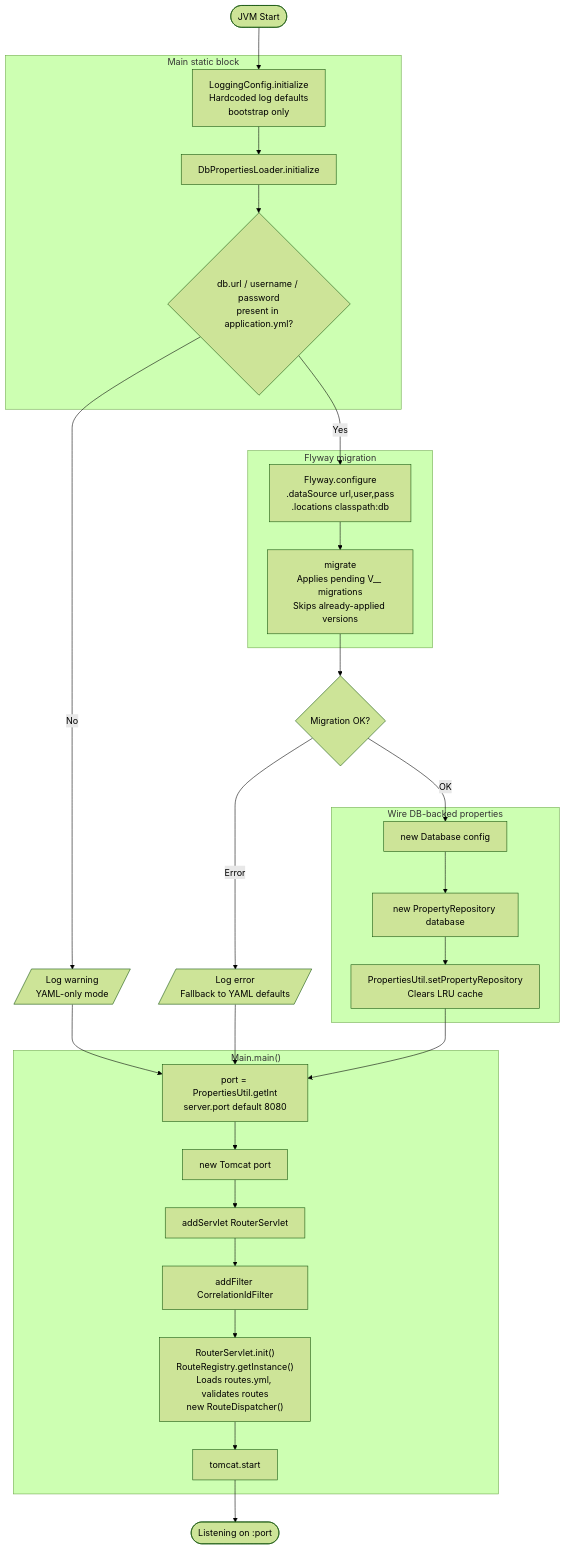
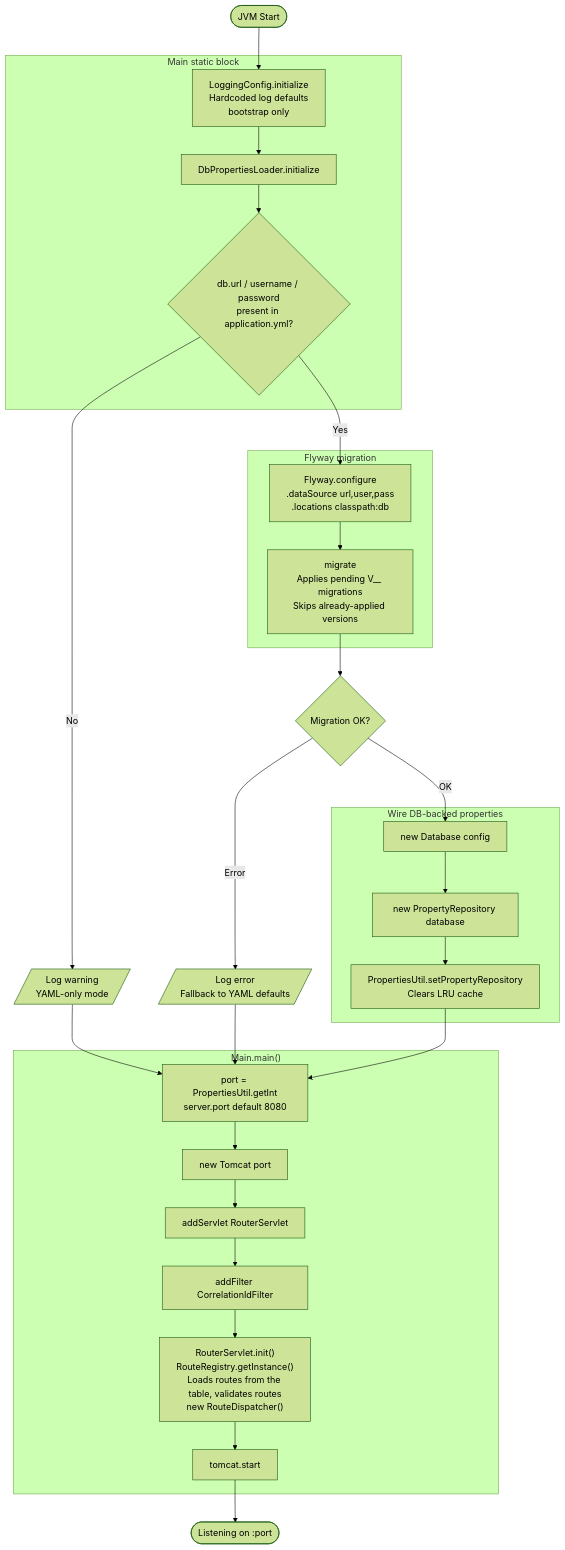
One commit to valarpirai/servlet-example changed the diagram in docs/architecture/startup-flow.md. Above: the diagram before and after it, drawn with Mermaid (forest theme). The commit also changed 18 other files, not shown here.

Commit message:
docs: describe table routes and the retired properties API

````diff
--- a/docs/architecture/startup-flow.md
+++ b/docs/architecture/startup-flow.md
@@ -13,43 +13,43 @@
 ```mermaid
 flowchart TD
     A([JVM Start]) --> B
 
     subgraph STATIC["Main static block"]
         B[LoggingConfig.initialize\nHardcoded log defaults\nbootstrap only] --> C
         C[DbPropertiesLoader.initialize] --> D
     end
 
     D{db.url / username / password\npresent in application.yml?}
     D -->|No| E[/"Log warning\nYAML-only mode"/]
     D -->|Yes| F
 
     subgraph FLYWAY["Flyway migration"]
         F[Flyway.configure\n.dataSource url,user,pass\n.locations classpath:db] --> G
         G[migrate\nApplies pending V__ migrations\nSkips already-applied versions]
     end
 
     G --> H{Migration OK?}
     H -->|Error| I[/"Log error\nFallback to YAML defaults"/]
     H -->|OK| J
 
     subgraph WIRE["Wire DB-backed properties"]
         J[new Database config] --> K
         K[new PropertyRepository database] --> L
         L[PropertiesUtil.setPropertyRepository\nClears LRU cache]
     end
 
     E --> M
     I --> M
     L --> M
 
     subgraph MAIN["Main.main()"]
         M[port = PropertiesUtil.getInt\nserver.port default 8080] --> N
         N[new Tomcat port] --> O
         O[addServlet RouterServlet] --> P
         P[addFilter CorrelationIdFilter] --> Q
-        Q["RouterServlet.init()\nRouteRegistry.getInstance()\nLoads routes.yml, validates routes\nnew RouteDispatcher()"] --> R
+        Q["RouterServlet.init()\nRouteRegistry.getInstance()\nLoads routes from the table, validates routes\nnew RouteDispatcher()"] --> R
         R[tomcat.start]
     end
 
     R --> S([Listening on :port])
 ```
````
